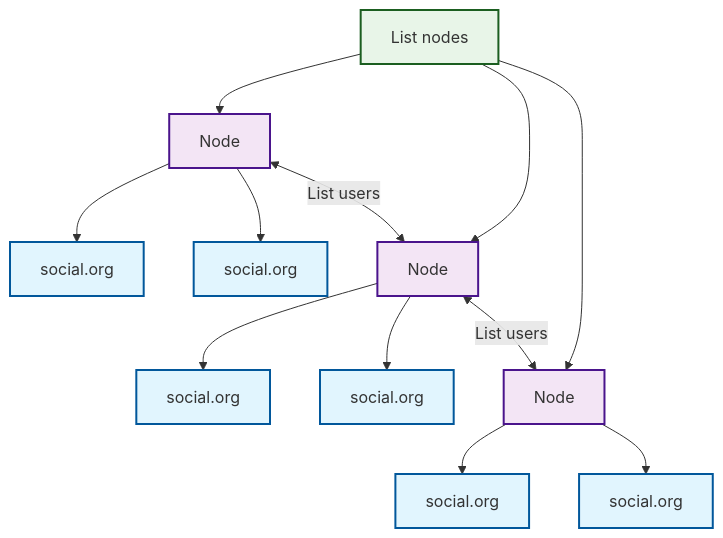
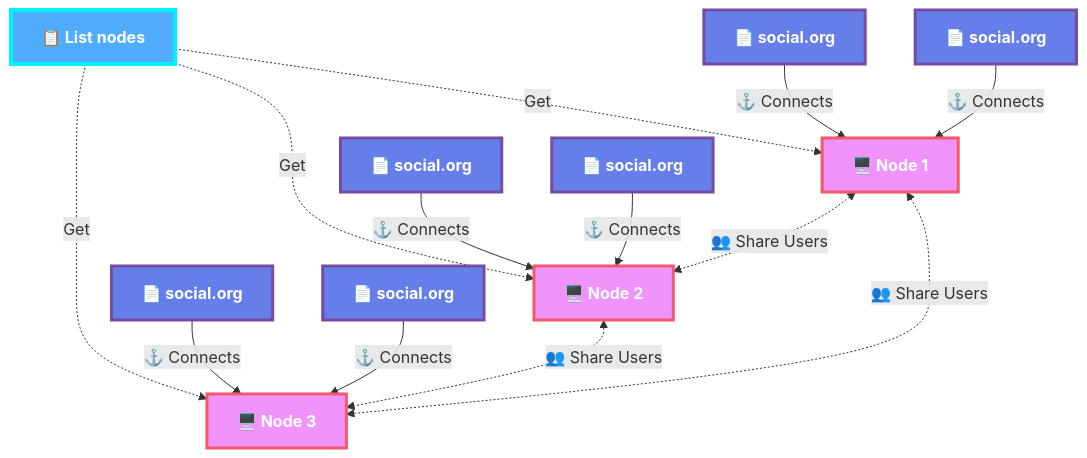
Before and after one commit to tanrax/org-social-relay: the diagram in diagram.mmd, drawn with Mermaid.

```diff
--- a/diagram.mmd
+++ b/diagram.mmd
@@ -1,40 +1,41 @@
 graph TD
-    List[List nodes]
-    Node1[Node]
-    Node2[Node]
-    Node3[Node]
+    List["📋 List nodes"]
+    Node1["🖥️ Node 1"]
+    Node2["🖥️ Node 2"]
+    Node3["🖥️ Node 3"]
     
-    %% Cuadros social.org para cada nodo
-    Social1_1[social.org]
-    Social1_2[social.org]
-    Social2_1[social.org]
-    Social2_2[social.org]
-    Social3_1[social.org]
-    Social3_2[social.org]
+    %% Social.org instances with icons
+    Social1_1["📄 social.org"]
+    Social1_2["📄 social.org"]
+    Social2_1["📄 social.org"]
+    Social2_2["📄 social.org"]
+    Social3_1["📄 social.org"]
+    Social3_2["📄 social.org"]
     
-    %% Conexiones padre-hijo
-    List --> Node1
-    List --> Node2
-    List --> Node3
+    %% Parent-child connections with labels
+    List -.->|"Get"| Node1
+    List -.->|"Get"| Node2
+    List -.->|"Get"| Node3
     
-    %% Conexiones de cada nodo a sus cuadros social.org
-    Node1 --> Social1_1
-    Node1 --> Social1_2
-    Node2 --> Social2_1
-    Node2 --> Social2_2
-    Node3 --> Social3_1
-    Node3 --> Social3_2
+    %% Node to social.org connections
+    Social1_1 -->|"⚓ Connects"| Node1
+    Social1_2 -->|"⚓ Connects"| Node1
+    Social2_1 -->|"⚓ Connects"| Node2
+    Social2_2 -->|"⚓ Connects"| Node2
+    Social3_1 -->|"⚓ Connects"| Node3
+    Social3_2 -->|"⚓ Connects"| Node3
     
-    %% Conexiones entre nodos (bidireccionales)
-    Node1 <-->|List users| Node2
-    Node2 <-->|List users| Node3
+    %% Bidirectional connections between nodes
+    Node1 <-.->|"👥 Share Users"| Node2
+    Node2 <-.->|"👥 Share Users"| Node3
+    Node1 <-.->|"👥 Share Users"| Node3
     
-    %% Estilos de colores
-    classDef socialStyle fill:#e1f5fe,stroke:#01579b,stroke-width:2px
-    classDef nodeStyle fill:#f3e5f5,stroke:#4a148c,stroke-width:2px
-    classDef listStyle fill:#e8f5e8,stroke:#1b5e20,stroke-width:2px
+    %% Modern color scheme with gradients
+    classDef socialStyle fill:#667eea,stroke:#764ba2,stroke-width:3px,color:#fff,font-weight:bold
+    classDef nodeStyle fill:#f093fb,stroke:#f5576c,stroke-width:3px,color:#fff,font-weight:bold
+    classDef listStyle fill:#4facfe,stroke:#00f2fe,stroke-width:4px,color:#fff,font-weight:bold
     
-    %% Aplicar estilos
+    %% Apply styles
     class Social1_1,Social1_2,Social2_1,Social2_2,Social3_1,Social3_2 socialStyle
     class Node1,Node2,Node3 nodeStyle
     class List listStyle
```
